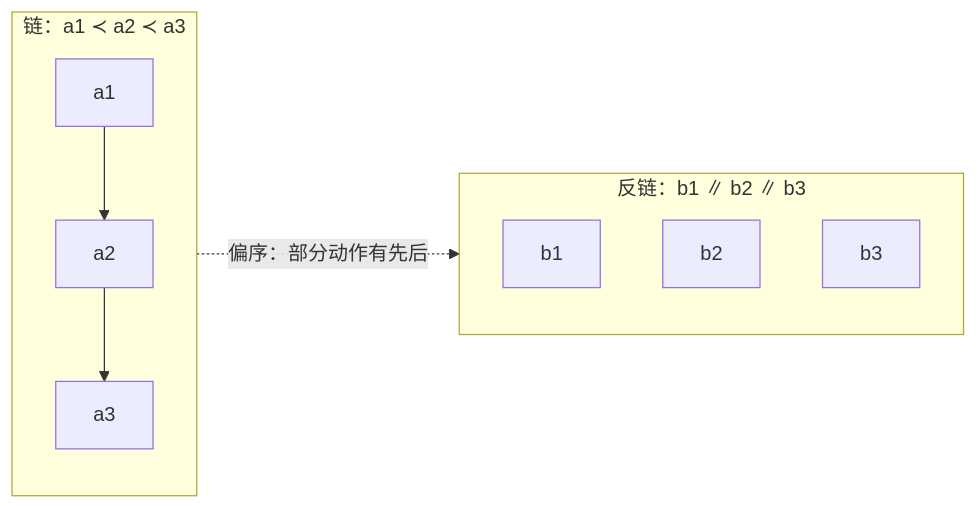
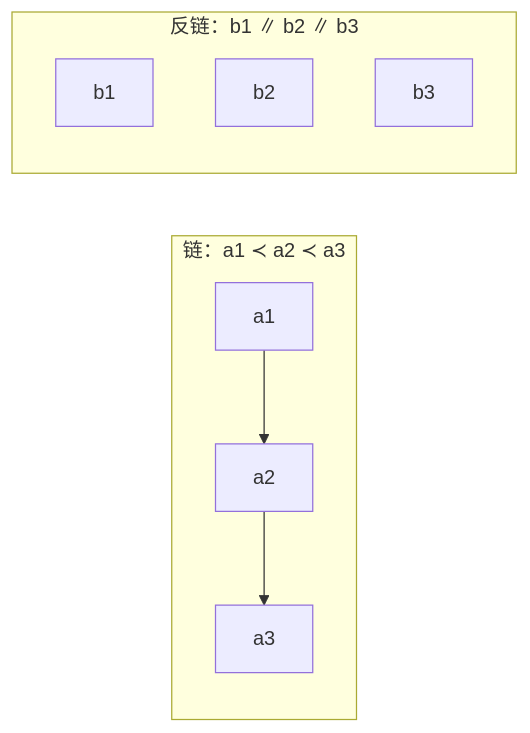
One commit to AgenticFinLab/FinMycelium changed the fifth of 6 diagrams in docs/structures/2-action-graph.md. Above: the diagram before and after it, drawn with Mermaid. The commit also changed other lines of this file and 8 other files, not shown here.

First line of the commit message:
docs: fix Mermaid render errors and simplify framework diagrams

````diff
--- a/docs/structures/2-action-graph.md
+++ b/docs/structures/2-action-graph.md
@@ -313,12 +313,11 @@
 ```mermaid
 flowchart LR
     subgraph CH["链：a1 ≺ a2 ≺ a3"]
         a1["a1"] --> a2["a2"] --> a3["a3"]
     end
     subgraph AN["反链：b1 ∥ b2 ∥ b3"]
         b1["b1"]
         b2["b2"]
         b3["b3"]
     end
-    CH -.->|偏序：部分动作有先后| AN
 ```
````
